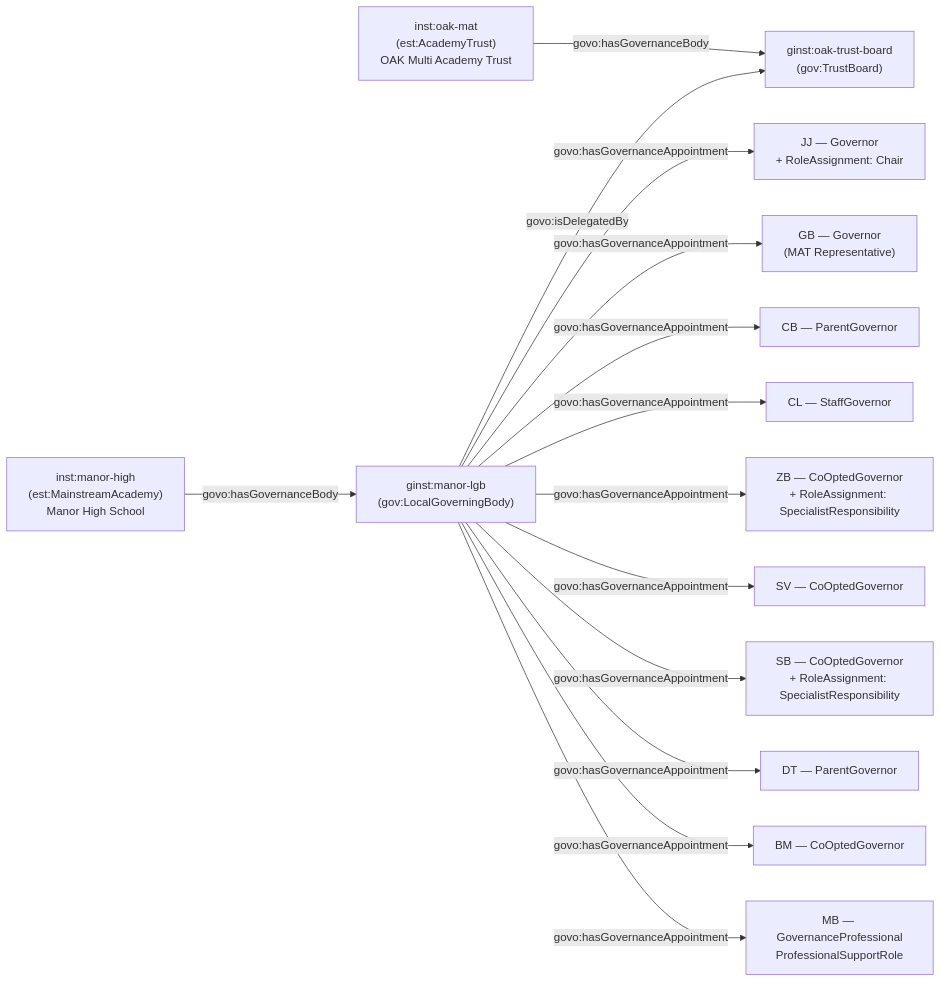
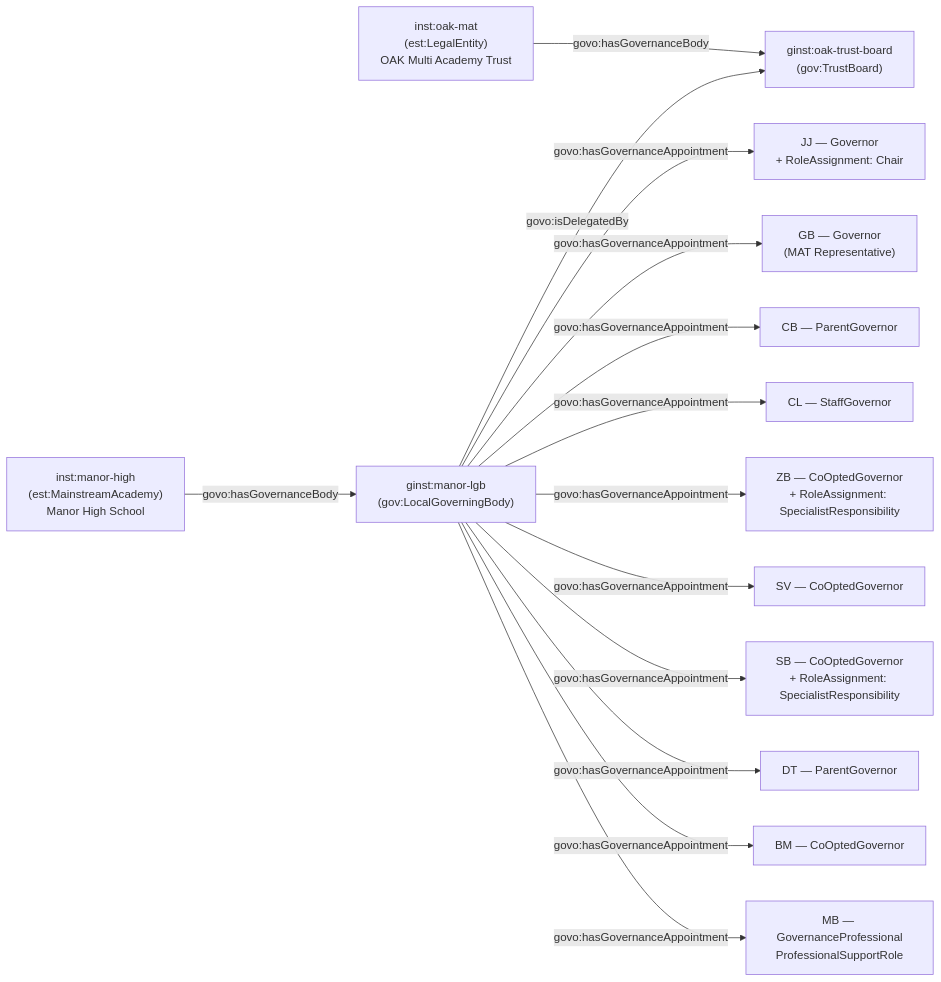
One commit to DFE-Digital/education-provider-registry-docs changed the second of 2 diagrams in docs-site/content/models/governance/worked-examples/manor-high/index.md. Above: the diagram before and after it, drawn with Mermaid. The commit also changed other lines of this file and 100 other files, not shown here.

````diff
--- a/docs-site/content/models/governance/worked-examples/manor-high/index.md
+++ b/docs-site/content/models/governance/worked-examples/manor-high/index.md
@@ -84,22 +84,22 @@
 ```mermaid
 flowchart LR
-    AT["inst:oak-mat<br/>(est:AcademyTrust)<br/>OAK Multi Academy Trust"]
+    AT["inst:oak-mat<br/>(est:LegalEntity)<br/>OAK Multi Academy Trust"]
     S["inst:manor-high<br/>(est:MainstreamAcademy)<br/>Manor High School"]
     TB["ginst:oak-trust-board<br/>(gov:TrustBoard)"]
     LGB["ginst:manor-lgb<br/>(gov:LocalGoverningBody)"]
 
     AT -->|govo:hasGovernanceBody| TB
     LGB -->|govo:isDelegatedBy| TB
     S -->|govo:hasGovernanceBody| LGB
 
     LGB -->|govo:hasGovernanceAppointment| G1["JJ — Governor<br/>+ RoleAssignment: Chair"]
     LGB -->|govo:hasGovernanceAppointment| G2["GB — Governor<br/>(MAT Representative)"]
     LGB -->|govo:hasGovernanceAppointment| G3["CB — ParentGovernor"]
     LGB -->|govo:hasGovernanceAppointment| G4["CL — StaffGovernor"]
     LGB -->|govo:hasGovernanceAppointment| G5["ZB — CoOptedGovernor<br/>+ RoleAssignment: SpecialistResponsibility"]
     LGB -->|govo:hasGovernanceAppointment| G6["SV — CoOptedGovernor"]
     LGB -->|govo:hasGovernanceAppointment| G7["SB — CoOptedGovernor<br/>+ RoleAssignment: SpecialistResponsibility"]
     LGB -->|govo:hasGovernanceAppointment| G8["DT — ParentGovernor"]
     LGB -->|govo:hasGovernanceAppointment| G9["BM — CoOptedGovernor"]
     LGB -->|govo:hasGovernanceAppointment| P1["MB — GovernanceProfessional<br/>ProfessionalSupportRole"]
 ```
````
